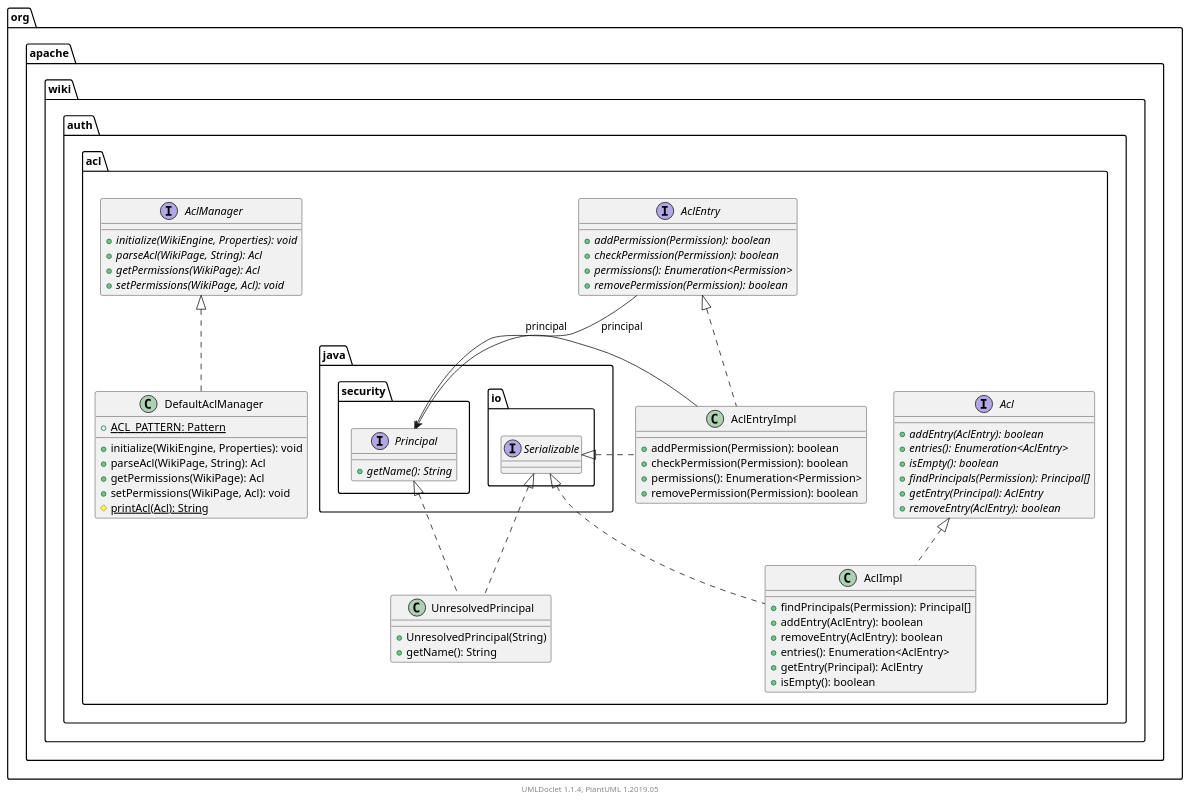
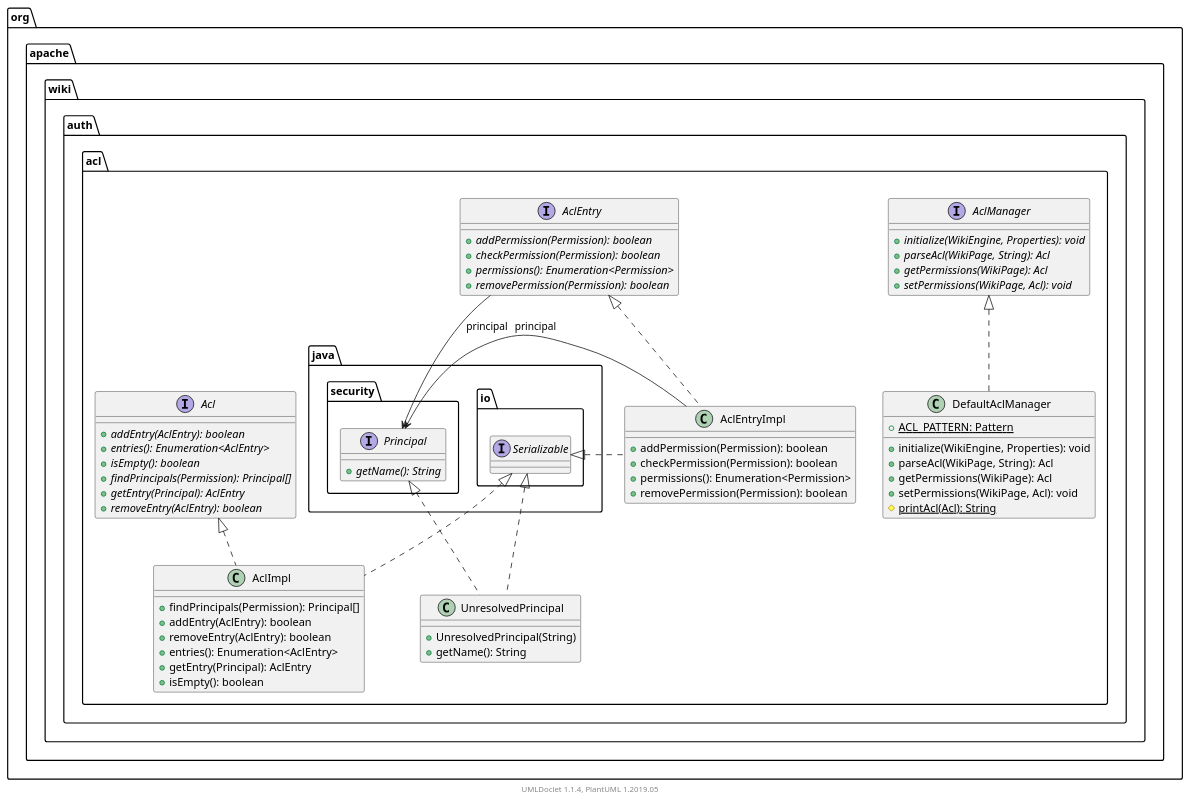
Before and after one commit to apache/jspwiki-site: the diagram in apidocs/2.11.0.M7-SNAPSHOT/org/apache/wiki/auth/acl/package.puml, drawn with PlantUML. The commit also changed other lines of this file and 1163 other files, not shown here.

```diff
--- a/apidocs/2.11.0.M7-SNAPSHOT/org/apache/wiki/auth/acl/package.puml
+++ b/apidocs/2.11.0.M7-SNAPSHOT/org/apache/wiki/auth/acl/package.puml
@@ -1,84 +1,84 @@
 @startuml
 
     namespace org.apache.wiki.auth.acl {
 
         class AclEntryImpl [[AclEntryImpl.html]] {
             +addPermission(Permission): boolean
             +checkPermission(Permission): boolean
             +permissions(): Enumeration<Permission>
             +removePermission(Permission): boolean
+        }
+
+        class UnresolvedPrincipal [[UnresolvedPrincipal.html]] {
+            +UnresolvedPrincipal(String)
+            +getName(): String
+        }
+
+        class AclImpl [[AclImpl.html]] {
+            +findPrincipals(Permission): Principal[]
+            +addEntry(AclEntry): boolean
+            +removeEntry(AclEntry): boolean
+            +entries(): Enumeration<AclEntry>
+            +getEntry(Principal): AclEntry
+            +isEmpty(): boolean
+        }
+
+        interface AclManager [[AclManager.html]] {
+            {abstract} +initialize(WikiEngine, Properties): void
+            {abstract} +parseAcl(WikiPage, String): Acl
+            {abstract} +getPermissions(WikiPage): Acl
+            {abstract} +setPermissions(WikiPage, Acl): void
+        }
+
+        interface AclEntry [[AclEntry.html]] {
+            {abstract} +addPermission(Permission): boolean
+            {abstract} +checkPermission(Permission): boolean
+            {abstract} +permissions(): Enumeration<Permission>
+            {abstract} +removePermission(Permission): boolean
         }
 
         interface Acl [[Acl.html]] {
             {abstract} +addEntry(AclEntry): boolean
             {abstract} +entries(): Enumeration<AclEntry>
             {abstract} +isEmpty(): boolean
             {abstract} +findPrincipals(Permission): Principal[]
             {abstract} +getEntry(Principal): AclEntry
             {abstract} +removeEntry(AclEntry): boolean
         }
 
         class DefaultAclManager [[DefaultAclManager.html]] {
             {static} +ACL_PATTERN: Pattern
             +initialize(WikiEngine, Properties): void
             +parseAcl(WikiPage, String): Acl
             +getPermissions(WikiPage): Acl
             +setPermissions(WikiPage, Acl): void
             {static} #printAcl(Acl): String
         }
 
-        class UnresolvedPrincipal [[UnresolvedPrincipal.html]] {
-            +UnresolvedPrincipal(String)
-            +getName(): String
-        }
-
-        interface AclEntry [[AclEntry.html]] {
-            {abstract} +addPermission(Permission): boolean
-            {abstract} +checkPermission(Permission): boolean
-            {abstract} +permissions(): Enumeration<Permission>
-            {abstract} +removePermission(Permission): boolean
-        }
-
-        class AclImpl [[AclImpl.html]] {
-            +findPrincipals(Permission): Principal[]
-            +addEntry(AclEntry): boolean
-            +removeEntry(AclEntry): boolean
-            +entries(): Enumeration<AclEntry>
-            +getEntry(Principal): AclEntry
-            +isEmpty(): boolean
-        }
-
-        interface AclManager [[AclManager.html]] {
-            {abstract} +initialize(WikiEngine, Properties): void
-            {abstract} +parseAcl(WikiPage, String): Acl
-            {abstract} +getPermissions(WikiPage): Acl
-            {abstract} +setPermissions(WikiPage, Acl): void
-        }
-
         AclEntry <|.. AclEntryImpl
 
         interface java.io.Serializable
         java.io.Serializable <|.. AclEntryImpl
-
-        AclManager <|.. DefaultAclManager
 
         interface java.security.Principal {
             {abstract} +getName(): String
         }
         java.security.Principal <|.. UnresolvedPrincipal
 
         java.io.Serializable <|.. UnresolvedPrincipal
 
         Acl <|.. AclImpl
 
         java.io.Serializable <|.. AclImpl
 
+        AclManager <|.. DefaultAclManager
+
         AclEntryImpl --> java.security.Principal: principal
 
         AclEntry --> java.security.Principal: principal
 
     }
 
 
     center footer UMLDoclet 1.1.4, PlantUML 1.2019.05
 @enduml
```
